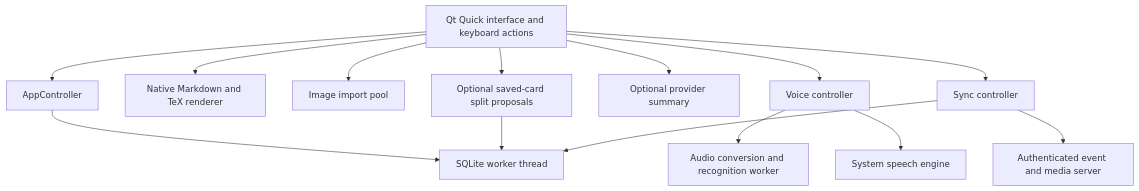
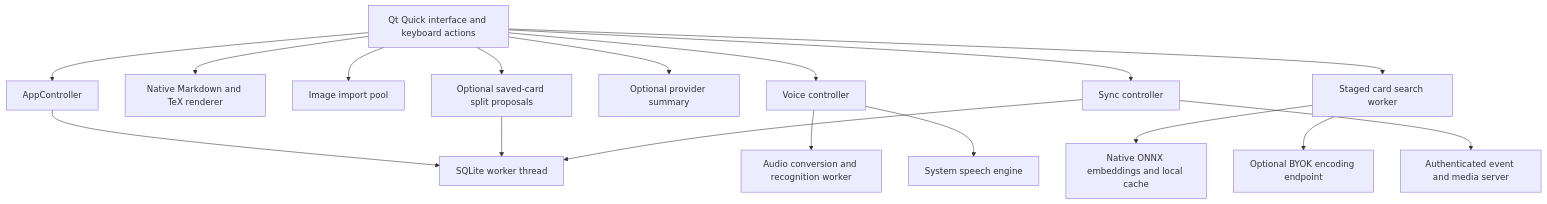
Before and after one commit to memphis242/betterflash: the diagram in docs/architecture.md, drawn with Mermaid. The commit also changed other lines of this file and 13 other files, not shown here.

Commit message:
Integrate progressive local and BYOK semantic Library search

````diff
--- a/docs/architecture.md
+++ b/docs/architecture.md
@@ -3,16 +3,19 @@
 ```mermaid
 flowchart TB
     UI[Qt Quick interface and keyboard actions] --> Controller[AppController]
     Controller --> Database[SQLite worker thread]
     UI --> Renderer[Native Markdown and TeX renderer]
     UI --> Media[Image import pool]
     UI --> Voice[Voice controller]
     Voice --> Audio[Audio conversion and recognition worker]
     Voice --> Speech[System speech engine]
     UI --> Summary[Optional provider summary]
+    UI --> Search[Staged card search worker]
+    Search --> Embeddings[Native ONNX embeddings and local cache]
+    Search --> Encoding[Optional BYOK encoding endpoint]
     UI --> Atomicize[Optional saved-card split proposals]
     Atomicize --> Database
     UI --> Sync[Sync controller]
     Sync --> Database
     Sync --> Server[Authenticated event and media server]
 ```
````
